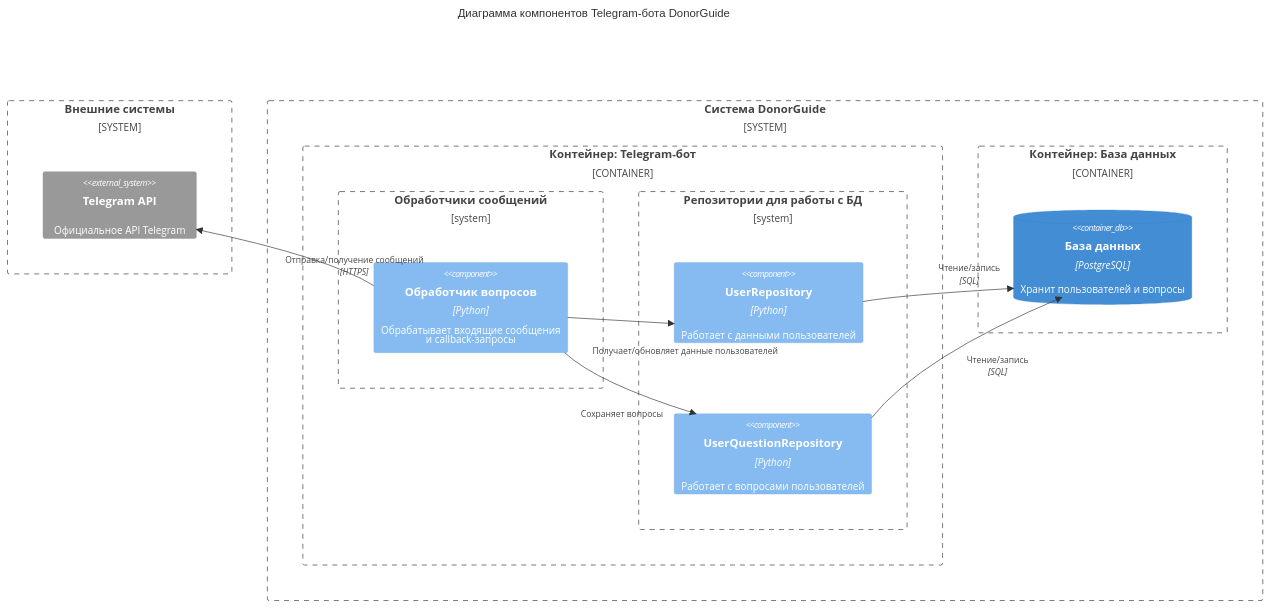
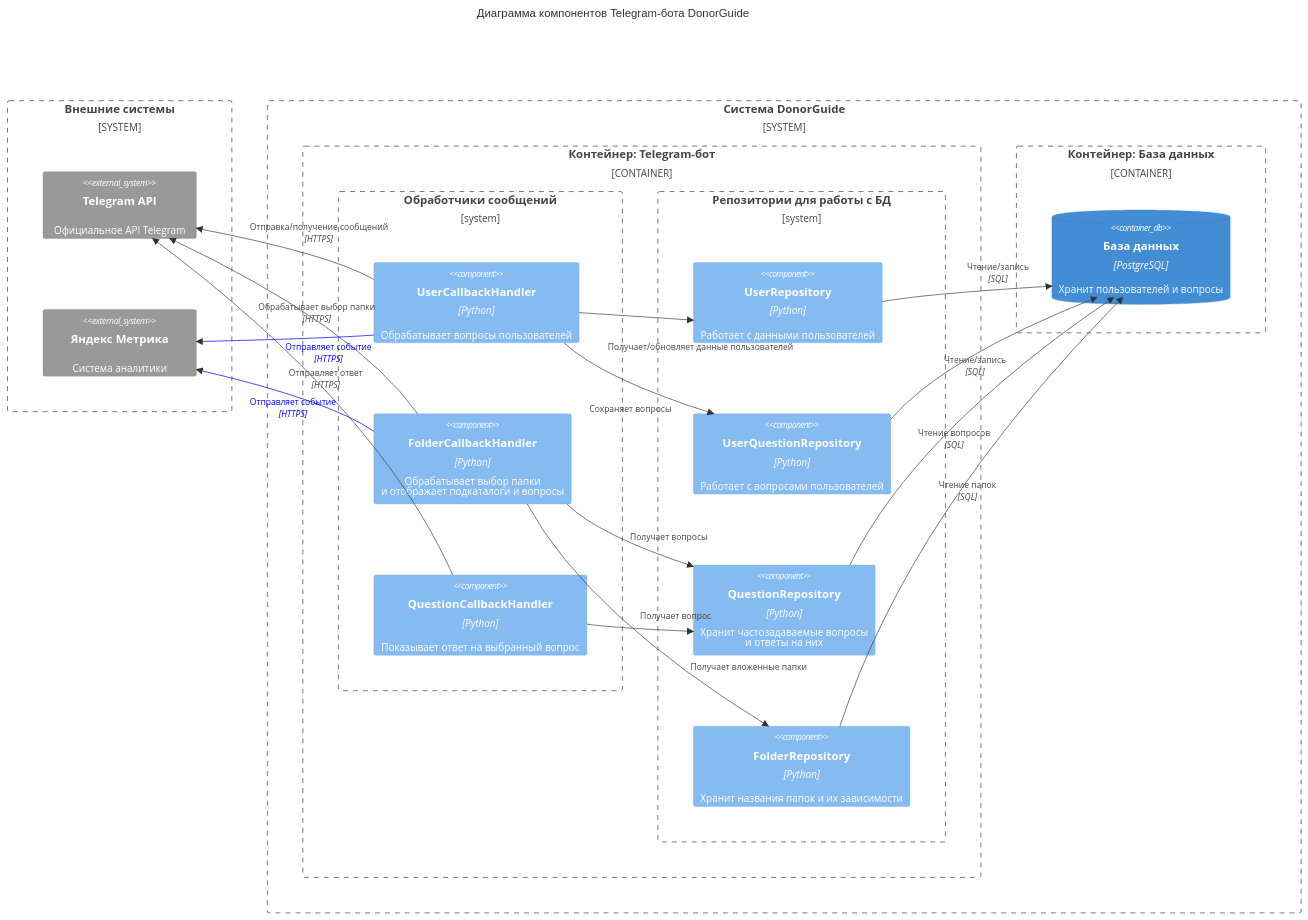
Before and after one commit to hse-perm-sandbox/donor-guide-bot: the diagram in docs/c4/components.md, drawn with Mermaid. The commit also changed other lines of this file, not shown here.

````diff
--- a/docs/c4/components.md
+++ b/docs/c4/components.md
@@ -4,36 +4,68 @@
 ```mermaid
 C4Component
     title Диаграмма компонентов Telegram-бота DonorGuide 
 
     System_Boundary(ext, "Внешние системы") {
         System_Ext(telegram, "Telegram API", "Официальное API Telegram")
+        System_Ext(metrica, "Яндекс Метрика", "Система аналитики")
+    UpdateLayoutConfig($c4BoundaryInRow="1")
     }
     
     System_Boundary(boundary, "Система DonorGuide") {
         Container_Boundary(bot_container, "Контейнер: Telegram-бот") {
 
             Boundary(handlers, "Обработчики сообщений") {
-                Component(handler, "Обработчик вопросов", "Python", "Обрабатывает входящие сообщения<br>и callback-запросы")
+                Component(user_question, "UserCallbackHandler", "Python", "Обрабатывает вопросы пользователей")
+                Component(folder_handler, "FolderCallbackHandler", "Python", "Обрабатывает выбор папки<br>и отображает подкаталоги и вопросы")
+                Component(question_handler, "QuestionCallbackHandler", "Python", "Показывает ответ на выбранный вопрос")
             }
 
             Boundary(repos, "Репозитории для работы с БД") {
                 Component(user_repo, "UserRepository", "Python", "Работает с данными пользователей")
-                Component(question_repo, "UserQuestionRepository", "Python", "Работает с вопросами пользователей")
+                Component(user_question_repo, "UserQuestionRepository", "Python", "Работает с вопросами пользователей")
+                Component(question_repo, "QuestionRepository", "Python", "Хранит частозадаваемые вопросы<br>и ответы на них")
+                Component(folder_repo, "FolderRepository", "Python", "Хранит названия папок и их зависимости")
             }
         }
         Container_Boundary(db_container, "Контейнер: База данных") {
             ContainerDb(db, "База данных", "PostgreSQL", "Хранит пользователей и вопросы")
         }
     }
 
-    Rel(handler, user_repo, "Получает/обновляет данные пользователей")
-    UpdateRelStyle(handler, user_repo, $offsetX="-40", $offsetY="40")
-    Rel(handler, question_repo, "Сохраняет вопросы")
-    UpdateRelStyle(handler, question_repo, $offsetX="-70", $offsetY="40")
+    Rel(user_question, user_repo, "Получает/обновляет данные пользователей")
+    UpdateRelStyle(user_question, user_repo, $offsetX="-40", $offsetY="40")
+    Rel(user_question, user_question_repo, "Сохраняет вопросы")
+    UpdateRelStyle(user_question, user_question_repo, $offsetX="-70", $offsetY="40")
     Rel(user_repo, db, "Чтение/запись", "SQL")
     UpdateRelStyle(user_repo, db, $offsetX="0", $offsetY="-40")
-    Rel(question_repo, db, "Чтение/запись", "SQL")
-    Rel(handler, telegram, "Отправка/получение сообщений", "HTTPS")
+    Rel(user_question_repo, db, "Чтение/запись", "SQL")
+    UpdateRelStyle(user_question_repo, db, $offsetX="-70")
+    Rel(user_question, telegram, "Отправка/получение сообщений", "HTTPS")
+    UpdateRelStyle(user_question, telegram, $offsetX="-50", $offsetY="-40")
 
-    UpdateLayoutConfig($c4ShapeInRow="3", $c4BoundaryInRow="3")
+    Rel(folder_handler, telegram, "Обрабатывает выбор папки", "HTTPS")
+    UpdateRelStyle(folder_handler, telegram, $offsetX="-50", $offsetY="-30")
+    Rel(folder_handler, folder_repo, "Получает вложенные папки")
+    UpdateRelStyle(folder_handler, folder_repo, $offsetX="60", $offsetY="70")
+    Rel(folder_handler, question_repo, "Получает вопросы")
+    
+    Rel(question_handler, telegram, "Отправляет ответ", "HTTPS")
+    UpdateRelStyle(question_handler, telegram, $offsetX="-20", $offsetY="-50")
+    Rel(question_handler, question_repo, "Получает вопрос")
+    UpdateRelStyle(question_handler, question_repo, $offsetX="0", $offsetY="-20")
+    
+    Rel(folder_handler, metrica, "Отправляет событие", "HTTPS")
+    UpdateRelStyle(folder_handler, metrica, $textColor="blue", $lineColor="blue", $offsetX="-50", $offsetY="0")
+    Rel(user_question, metrica, "Отправляет событие", "HTTPS")
+    UpdateRelStyle(user_question, metrica, $textColor="blue", $lineColor="blue",  $offsetY="10")
+    Rel(question_repo, db, "Чтение вопросов", "SQL")
+    Rel(folder_repo, db, "Чтение папок", "SQL")
+    UpdateRelStyle(question_repo, db, $offsetY="0", $offsetX="-90")
+    UpdateRelStyle(folder_repo, db, $offsetY="-40", $offsetX="-60")
+
+
+
+
+
+    UpdateLayoutConfig($c4ShapeInRow="1", $c4BoundaryInRow="3")
 ```
````
